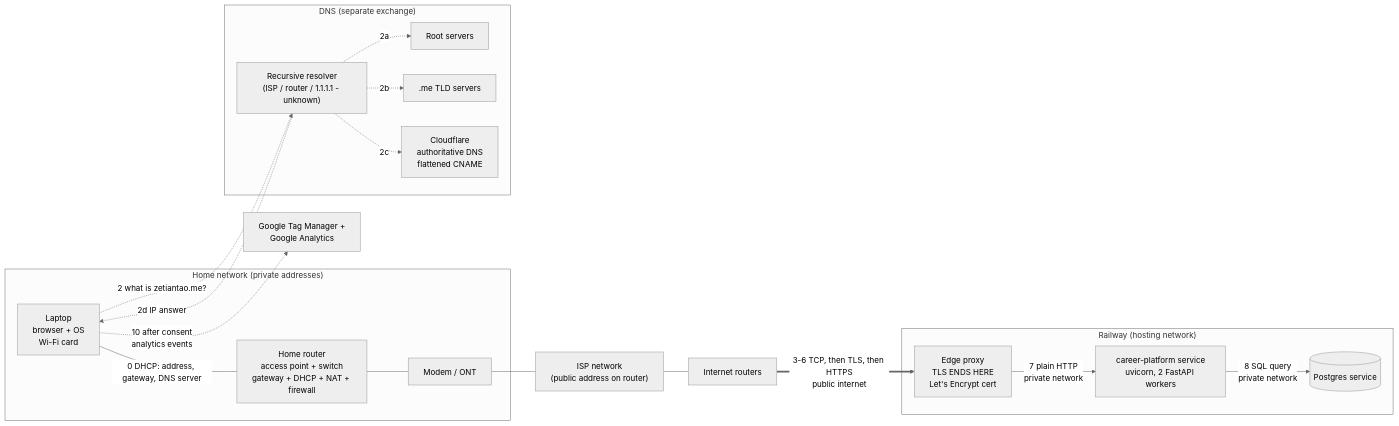
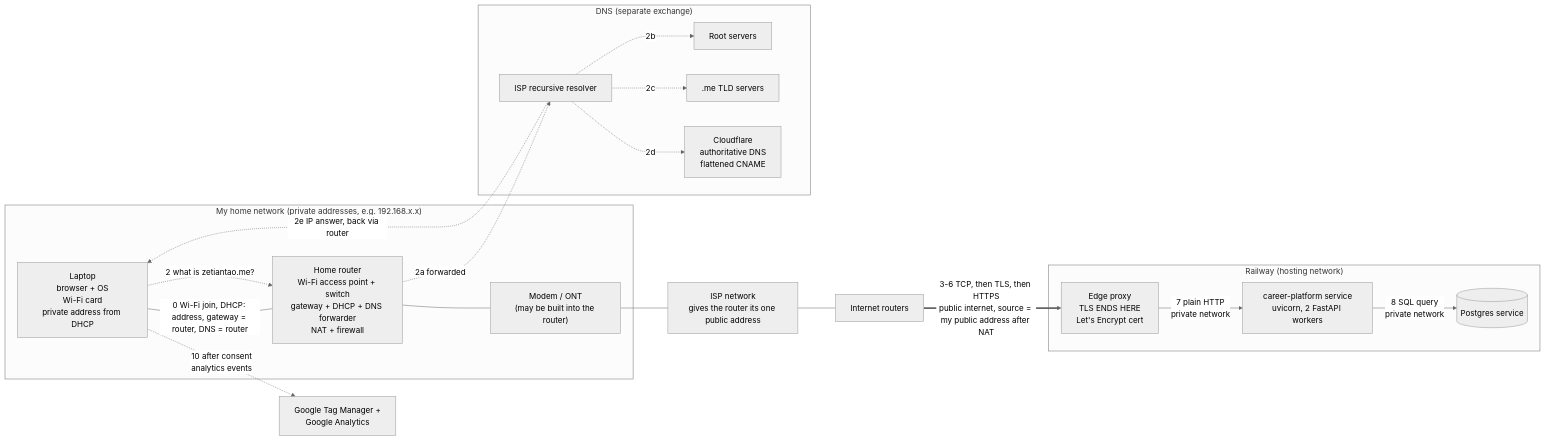
One commit to Zetian1212/career-platform changed the first of 4 diagrams in request-path-diagrams.md. Above: the diagram before and after it, drawn with Mermaid (neutral theme). The commit also changed other lines of this file, not shown here.

Commit message:
Request path diagrams: home network and full Azure version

````diff
--- a/request-path-diagrams.md
+++ b/request-path-diagrams.md
@@ -8,41 +10,42 @@
 ```mermaid
 flowchart LR
-  subgraph HOME["Home network (private addresses)"]
-    LAPTOP["Laptop<br/>browser + OS<br/>Wi-Fi card"]
-    ROUTER["Home router<br/>access point + switch<br/>gateway + DHCP + NAT + firewall"]
-    MODEM["Modem / ONT"]
+  subgraph HOME["My home network (private addresses, e.g. 192.168.x.x)"]
+    LAPTOP["Laptop<br/>browser + OS<br/>Wi-Fi card<br/>private address from DHCP"]
+    ROUTER["Home router<br/>Wi-Fi access point + switch<br/>gateway + DHCP + DNS forwarder<br/>NAT + firewall"]
+    MODEM["Modem / ONT<br/>(may be built into the router)"]
   end
 
-  ISP["ISP network<br/>(public address on router)"]
+  ISP["ISP network<br/>gives the router its one public address"]
   NET["Internet routers"]
 
   subgraph DNS["DNS (separate exchange)"]
-    RES["Recursive resolver<br/>(ISP / router / 1.1.1.1 - unknown)"]
+    RES["ISP recursive resolver"]
     ROOT["Root servers"]
     TLD[".me TLD servers"]
     CF["Cloudflare<br/>authoritative DNS<br/>flattened CNAME"]
   end
 
   subgraph RAILWAY["Railway (hosting network)"]
     EDGE["Edge proxy<br/>TLS ENDS HERE<br/>Let's Encrypt cert"]
     APP["career-platform service<br/>uvicorn, 2 FastAPI workers"]
     PG[("Postgres service")]
   end
 
   GOOGLE["Google Tag Manager +<br/>Google Analytics"]
 
-  LAPTOP -- "0 DHCP: address, gateway, DNS server" --- ROUTER
+  LAPTOP -- "0 Wi-Fi join, DHCP: address, gateway = router, DNS = router" --- ROUTER
   ROUTER --- MODEM --- ISP --- NET
 
-  LAPTOP -. "2 what is zetiantao.me?" .-> RES
-  RES -. "2a" .-> ROOT
-  RES -. "2b" .-> TLD
-  RES -. "2c" .-> CF
-  RES -. "2d IP answer" .-> LAPTOP
+  LAPTOP -. "2 what is zetiantao.me?" .-> ROUTER
+  ROUTER -. "2a forwarded" .-> RES
+  RES -. "2b" .-> ROOT
+  RES -. "2c" .-> TLD
+  RES -. "2d" .-> CF
+  RES -. "2e IP answer, back via router" .-> LAPTOP
 
-  NET == "3-6 TCP, then TLS, then HTTPS<br/>public internet" ==> EDGE
+  NET == "3-6 TCP, then TLS, then HTTPS<br/>public internet, source = my public address after NAT" ==> EDGE
   EDGE -- "7 plain HTTP<br/>private network" --> APP
   APP -- "8 SQL query<br/>private network" --> PG
 
   LAPTOP -. "10 after consent<br/>analytics events" .-> GOOGLE
 ```
````
